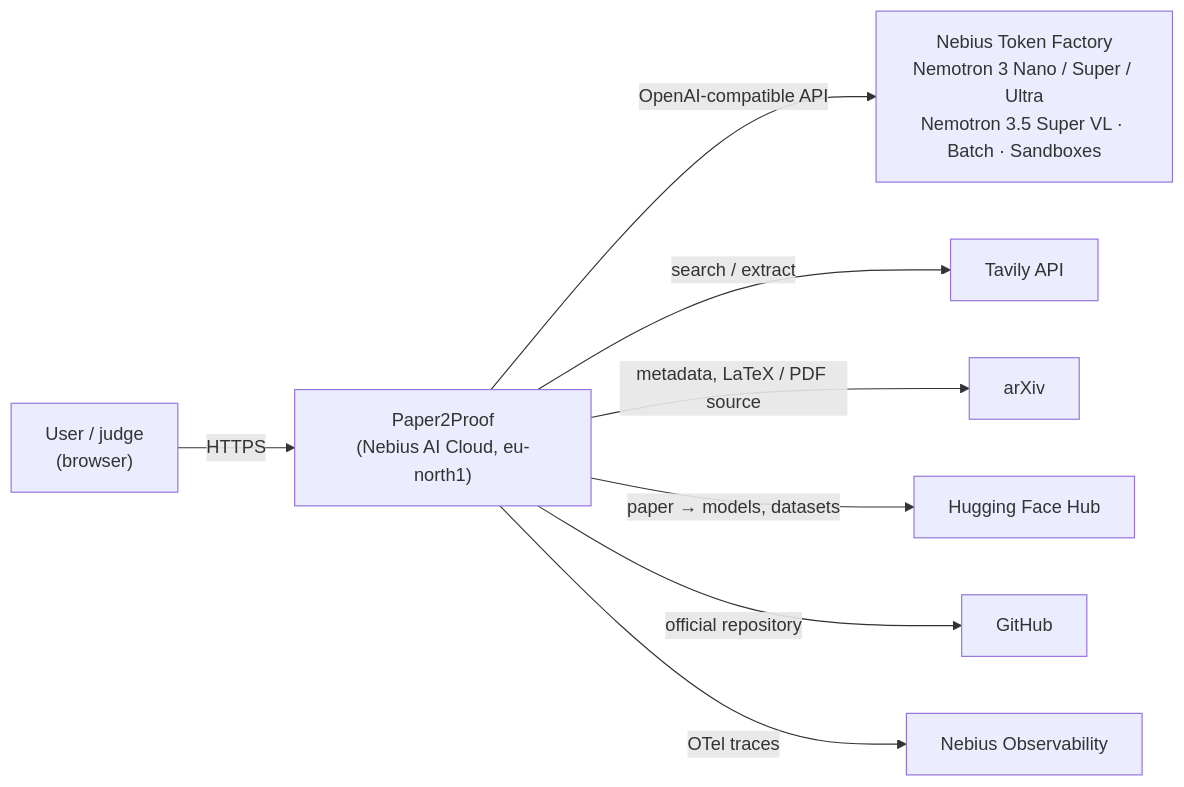
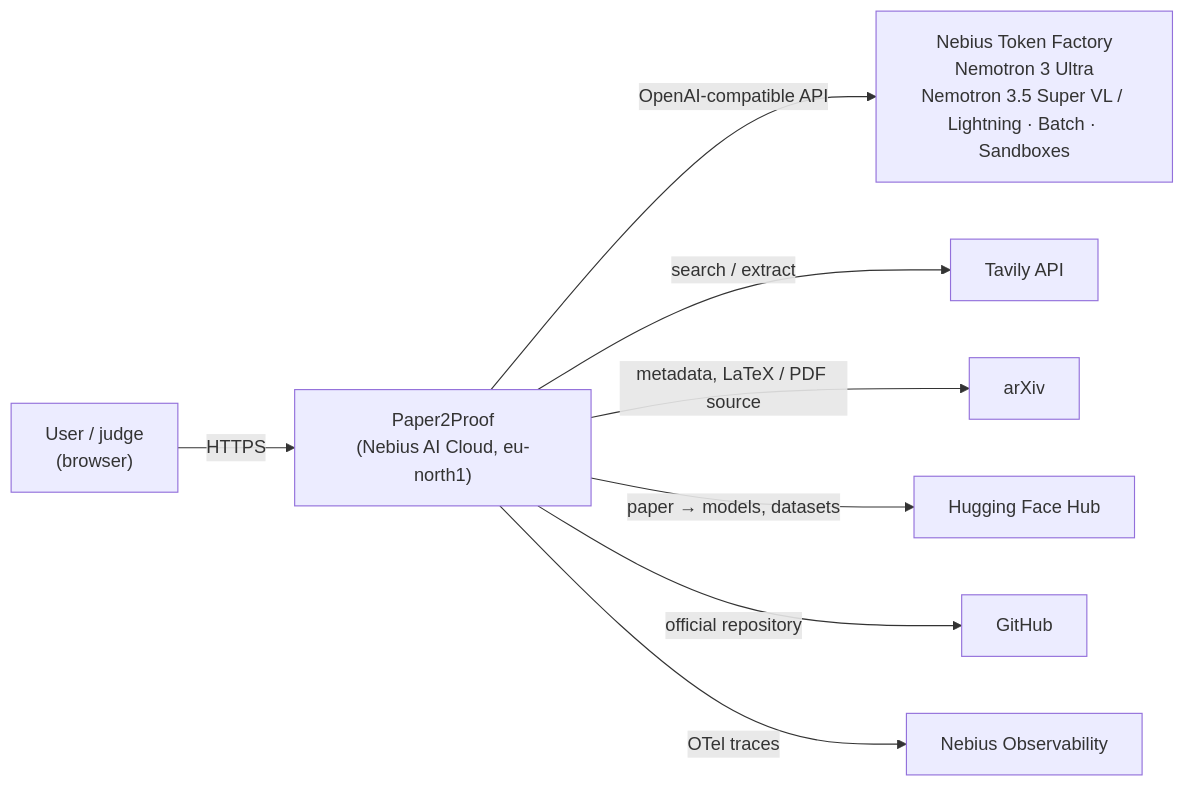
Before and after one commit to atozzi-dev/paper2proof: the first of 5 diagrams in docs/ARCHITECTURE.md, drawn with Mermaid. The commit also changed other lines of this file and 3 other files, not shown here.

````diff
--- a/docs/ARCHITECTURE.md
+++ b/docs/ARCHITECTURE.md
@@ -45,10 +45,10 @@
 ```mermaid
 flowchart LR
     U["User / judge<br/>(browser)"] -->|HTTPS| P2P["Paper2Proof<br/>(Nebius AI Cloud, eu-north1)"]
-    P2P -->|"OpenAI-compatible API"| TF["Nebius Token Factory<br/>Nemotron 3 Nano / Super / Ultra<br/>Nemotron 3.5 Super VL · Batch · Sandboxes"]
+    P2P -->|"OpenAI-compatible API"| TF["Nebius Token Factory<br/>Nemotron 3 Ultra<br/>Nemotron 3.5 Super VL / Lightning · Batch · Sandboxes"]
     P2P -->|"search / extract"| TAV["Tavily API"]
     P2P -->|"metadata, LaTeX / PDF source"| ARX["arXiv"]
     P2P -->|"paper → models, datasets"| HF["Hugging Face Hub"]
     P2P -->|"official repository"| GH["GitHub"]
     P2P -->|"OTel traces"| OBS["Nebius Observability"]
 ```
````
